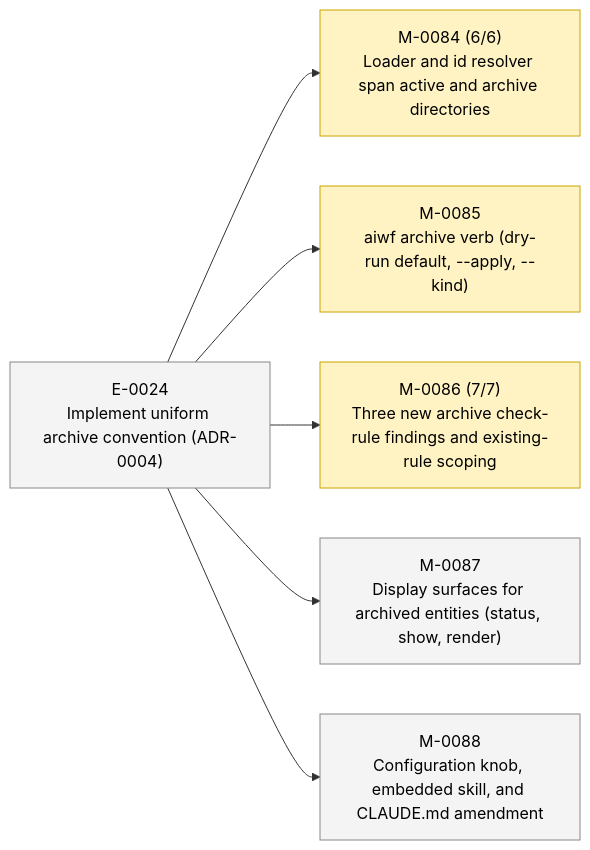
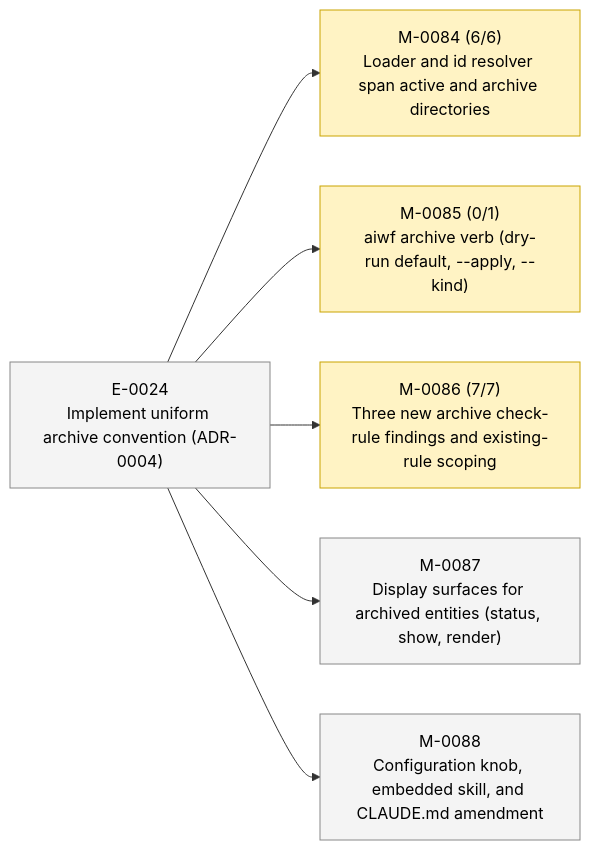
The second of 2 diagrams in STATUS.md (23min/aiwf), drawn with Mermaid before and after one commit. The commit also changed other lines of this file and 1 other file, not shown here.

First line of the commit message:
aiwf add ac M-0085/AC-1 "aiwf archive (no flags) prints planned moves and exits without touching the tree"

````diff
--- a/STATUS.md
+++ b/STATUS.md
@@ -49,20 +49,20 @@
 ```mermaid
 flowchart LR
   E_0024["E-0024<br/>Implement uniform archive convention (ADR-0004)"]:::epic_proposed
   M_0084["M-0084 (6/6)<br/>Loader and id resolver span active and archive directories"]:::ms_in_progress
   E_0024 --> M_0084
-  M_0085["M-0085<br/>aiwf archive verb (dry-run default, --apply, --kind)"]:::ms_in_progress
+  M_0085["M-0085 (0/1)<br/>aiwf archive verb (dry-run default, --apply, --kind)"]:::ms_in_progress
   E_0024 --> M_0085
   M_0086["M-0086 (7/7)<br/>Three new archive check-rule findings and existing-rule scoping"]:::ms_in_progress
   E_0024 --> M_0086
   M_0087["M-0087<br/>Display surfaces for archived entities (status, show, render)"]:::ms_draft
   E_0024 --> M_0087
   M_0088["M-0088<br/>Configuration knob, embedded skill, and CLAUDE.md amendment"]:::ms_draft
   E_0024 --> M_0088
   classDef epic_active fill:#d6eaff,stroke:#1a73e8,color:#000
   classDef epic_proposed fill:#f4f4f4,stroke:#888,color:#000
   classDef ms_done fill:#d8f5d8,stroke:#2a8a2a,color:#000
   classDef ms_in_progress fill:#fff3c4,stroke:#caa400,color:#000
   classDef ms_draft fill:#f4f4f4,stroke:#888,color:#000
   classDef ms_cancelled fill:#fbeaea,stroke:#c33,color:#000
 ```
````
